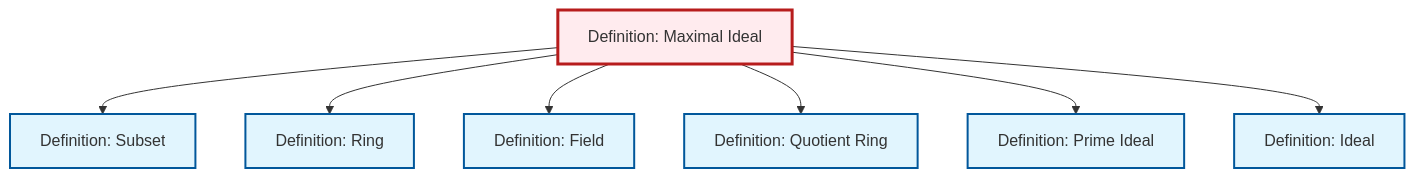
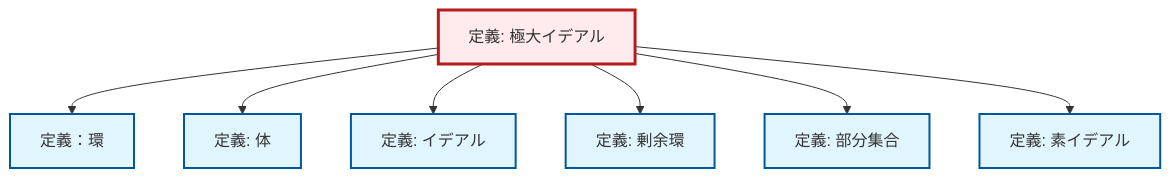
One commit to RK0429/ModernMath changed the diagram in content/ja/algebra/def-maximal-ideal.qmd. Above: the diagram before and after it, drawn with Mermaid. The commit also changed 1069 other files, not shown here.

````diff
--- a/content/ja/algebra/def-maximal-ideal.qmd
+++ b/content/ja/algebra/def-maximal-ideal.qmd
@@ -95,29 +95,29 @@
 ```{mermaid}
 %%| fig-cap: "Local dependency graph"
 graph TD
     classDef definition fill:#e1f5fe,stroke:#01579b,stroke-width:2px
     classDef theorem fill:#f3e5f5,stroke:#4a148c,stroke-width:2px
     classDef axiom fill:#fff3e0,stroke:#e65100,stroke-width:2px
     classDef example fill:#e8f5e9,stroke:#1b5e20,stroke-width:2px
     classDef current fill:#ffebee,stroke:#b71c1c,stroke-width:3px
-    def-quotient-ring["Definition: Quotient Ring"]:::definition
-    def-maximal-ideal["Definition: Maximal Ideal"]:::definition
-    def-field["Definition: Field"]:::definition
-    def-prime-ideal["Definition: Prime Ideal"]:::definition
-    def-ring["Definition: Ring"]:::definition
-    def-subset["Definition: Subset"]:::definition
-    def-ideal["Definition: Ideal"]:::definition
-    def-maximal-ideal --> def-subset
+    def-prime-ideal["定義: 素イデアル"]:::definition
+    def-ideal["定義: イデアル"]:::definition
+    def-maximal-ideal["定義: 極大イデアル"]:::definition
+    def-field["定義: 体"]:::definition
+    def-quotient-ring["定義: 剰余環"]:::definition
+    def-ring["定義：環"]:::definition
+    def-subset["定義: 部分集合"]:::definition
     def-maximal-ideal --> def-ring
     def-maximal-ideal --> def-field
+    def-maximal-ideal --> def-ideal
     def-maximal-ideal --> def-quotient-ring
+    def-maximal-ideal --> def-subset
     def-maximal-ideal --> def-prime-ideal
-    def-maximal-ideal --> def-ideal
     class def-maximal-ideal current
-    click def-quotient-ring "def-quotient-ring.html" "Definition: Quotient Ringへ"
-    click def-field "def-field.html" "Definition: Fieldへ"
-    click def-prime-ideal "def-prime-ideal.html" "Definition: Prime Idealへ"
-    click def-ring "def-ring.html" "Definition: Ringへ"
-    click def-subset "def-subset.html" "Definition: Subsetへ"
-    click def-ideal "def-ideal.html" "Definition: Idealへ"
+    click def-prime-ideal "def-prime-ideal.html" "素イデアルの定義へ"
+    click def-ideal "def-ideal.html" "イデアルの定義へ"
+    click def-field "def-field.html" "体の定義へ"
+    click def-quotient-ring "def-quotient-ring.html" "剰余環の定義へ"
+    click def-ring "def-ring.html" "定義：環へ"
+    click def-subset "def-subset.html" "部分集合の定義へ"
 ```
````
